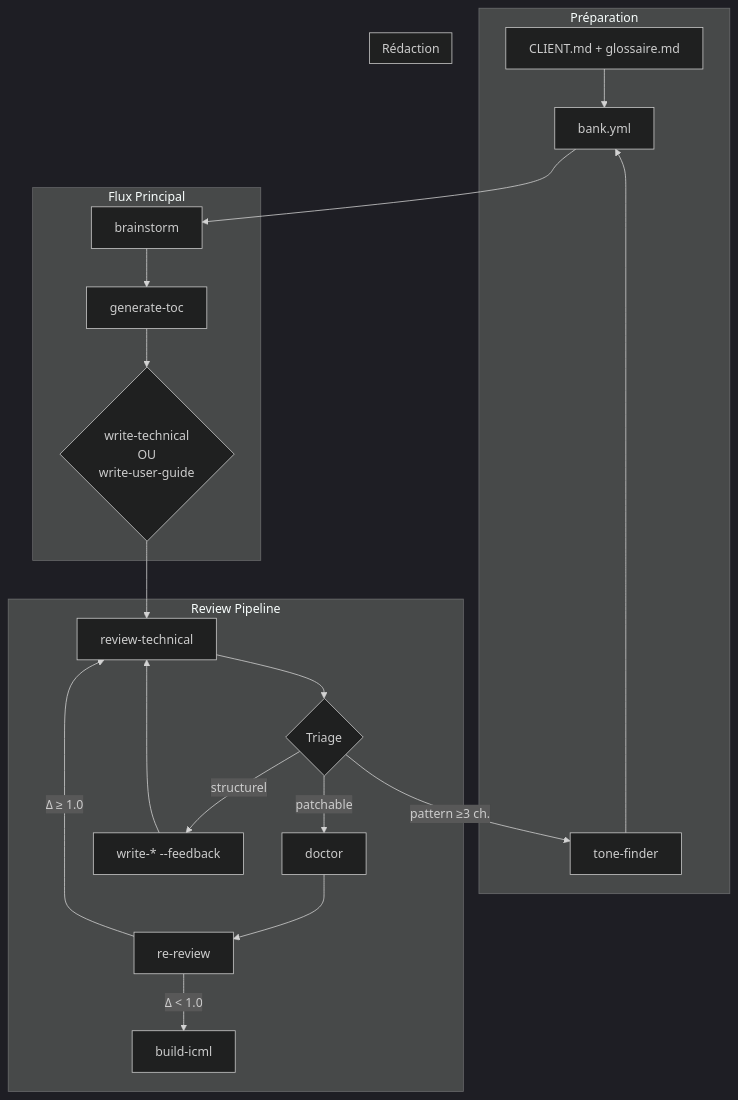
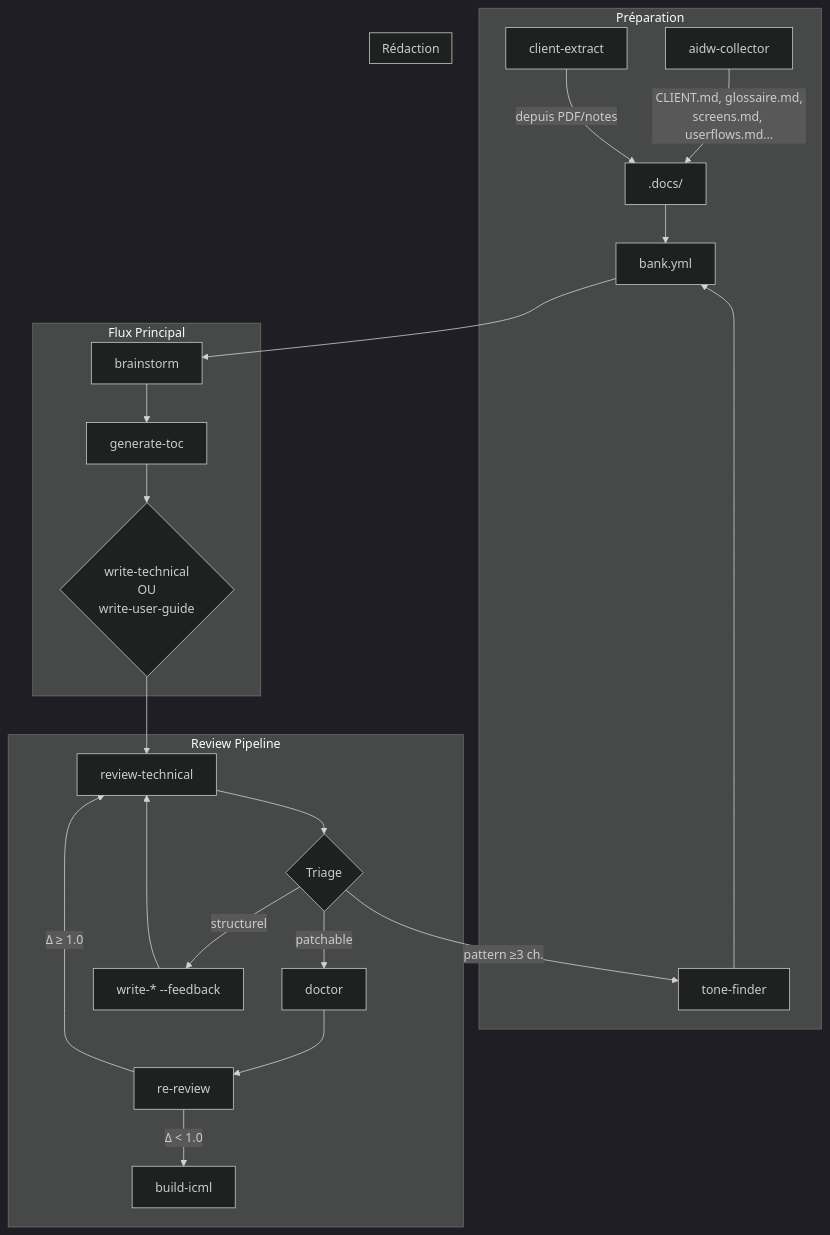
The first of 2 diagrams in docs/README.md (RebelliousSmile/aiwd), drawn with Mermaid (dark theme) before and after one commit. The commit also changed other lines of this file and 3 other files, not shown here.

First line of the commit message:
docs: mise a jour documentation aidw-collector v3.1

````diff
--- a/docs/README.md
+++ b/docs/README.md
@@ -9,29 +9,31 @@
 ```mermaid
 flowchart TD
     subgraph Préparation
-        CLIENT[CLIENT.md + glossaire.md] --> BANK[bank.yml]
+        AIDW[aidw-collector] -->|CLIENT.md, glossaire.md,\nscreens.md, userflows.md...| DOCS[.docs/]
+        CE[client-extract] -->|depuis PDF/notes| DOCS
+        DOCS --> BANK[bank.yml]
         TF[tone-finder] --> BANK
     end
 
     subgraph "Flux Principal"
         BANK --> BS[brainstorm]
         BS --> TOC[generate-toc]
         TOC --> WRITE
     end
 
     subgraph Rédaction
         WRITE{write-technical\nOU\nwrite-user-guide}
     end
 
     subgraph "Review Pipeline"
         WRITE --> REV[review-technical]
         REV --> TRIAGE{Triage}
         TRIAGE -->|patchable| DOCTOR[doctor]
         TRIAGE -->|structurel| FEEDBACK[write-* --feedback]
         TRIAGE -->|pattern ≥3 ch.| TF
         DOCTOR --> RESCORE[re-review]
         FEEDBACK --> REV
         RESCORE -->|"Δ < 1.0"| ICML[build-icml]
         RESCORE -->|"Δ ≥ 1.0"| REV
     end
 ```
````
